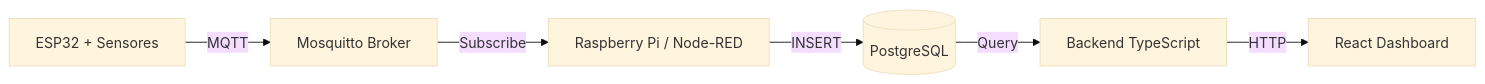
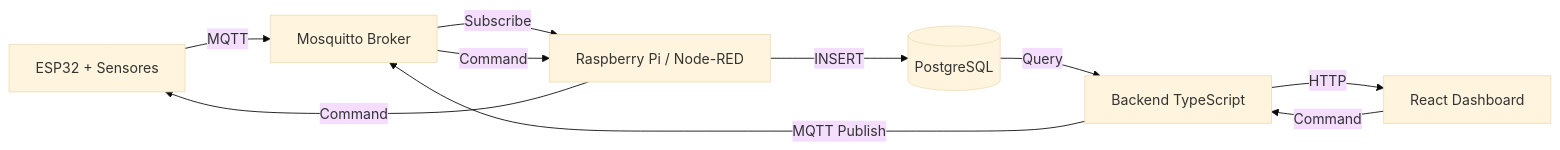
The diagram in README.md (JISAE221/acudes-iot), drawn with Mermaid (base theme) before and after one commit.

````diff
--- a/README.md
+++ b/README.md
@@ -24,8 +24,12 @@
  ```mermaid
   graph LR
       ESP32[ESP32 + Sensores] -->|MQTT| Broker[Mosquitto Broker]
       Broker -->|Subscribe| Gateway[Raspberry Pi / Node-RED]
       Gateway -->|INSERT| DB[(PostgreSQL)]
       DB -->|Query| API[Backend TypeScript]
       API -->|HTTP| Front[React Dashboard]
+      Front -->|Command| API
+      API -->|MQTT Publish| Broker
+      Broker -->|Command| Gateway
+      Gateway -->|Command| ESP32
 ```
````
